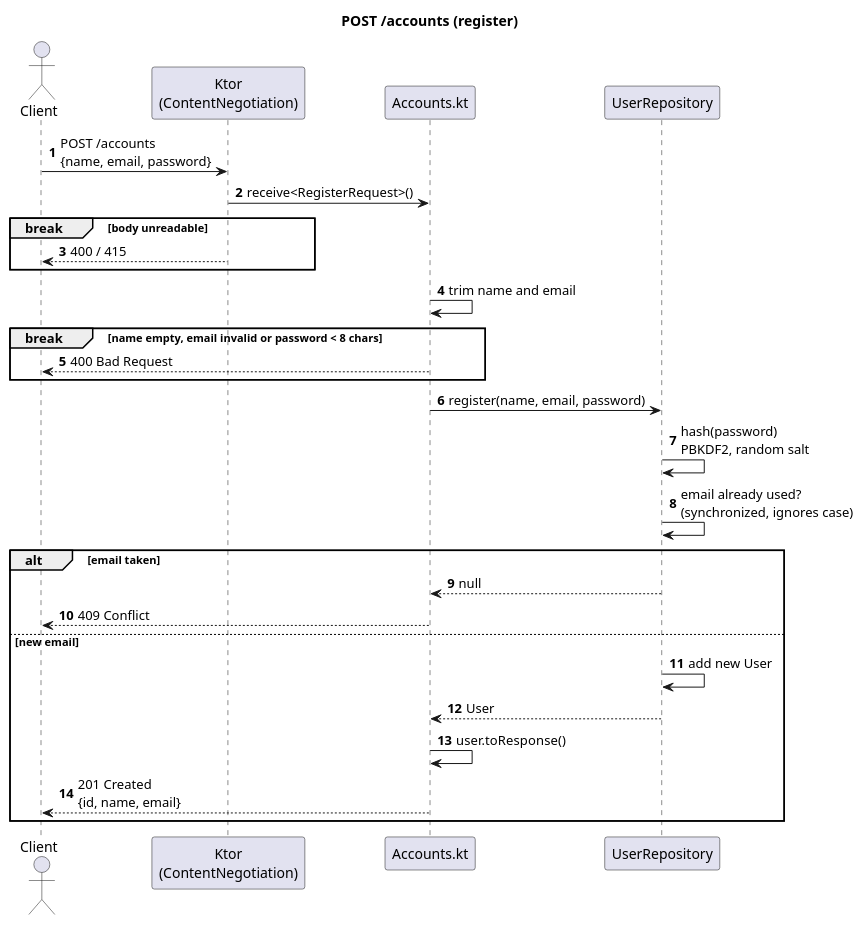
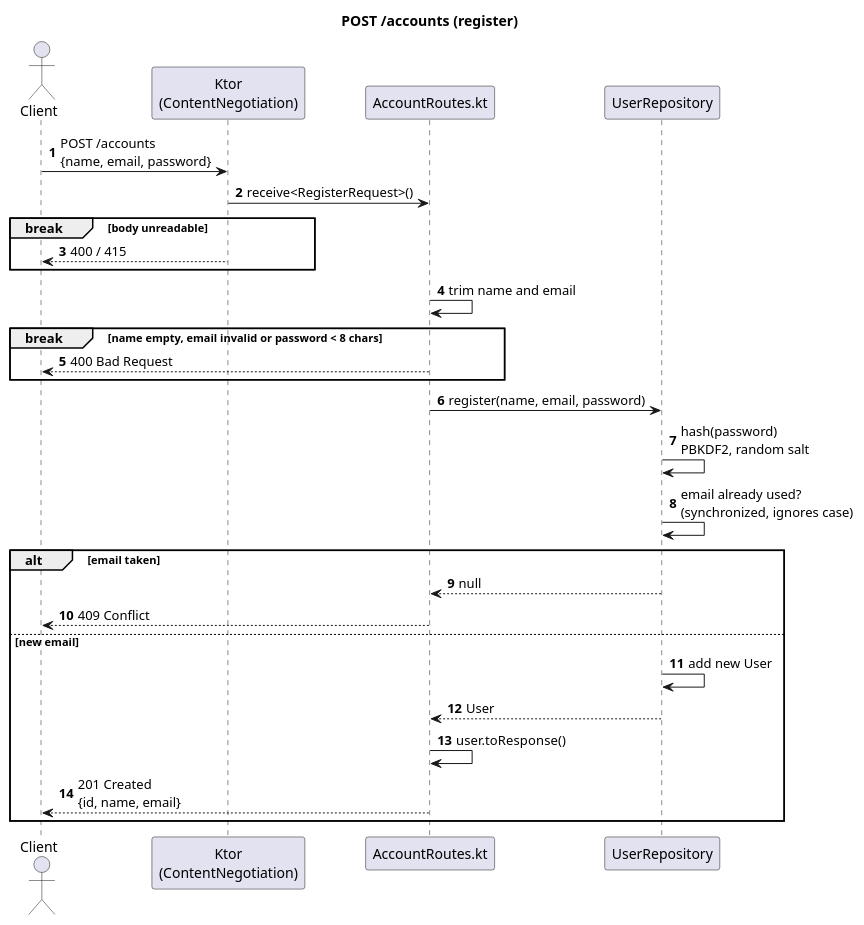
Before and after one commit to Rent-a-car-38291/rent-a-car: the diagram in docs/diagrams/sequence-register.puml, drawn with PlantUML. The commit also changed 24 other files, not shown here.

```diff
--- a/docs/diagrams/sequence-register.puml
+++ b/docs/diagrams/sequence-register.puml
@@ -1,34 +1,34 @@
 @startuml
 title POST /accounts (register)
 autonumber
 
 actor Client
 participant "Ktor\n(ContentNegotiation)" as Ktor
-participant "Accounts.kt" as Route
+participant "AccountRoutes.kt" as Route
 participant UserRepository
 
 Client -> Ktor : POST /accounts\n{name, email, password}
 Ktor -> Route : receive<RegisterRequest>()
 break body unreadable
   Ktor --> Client : 400 / 415
 end
 
 Route -> Route : trim name and email
 break name empty, email invalid or password < 8 chars
   Route --> Client : 400 Bad Request
 end
 
 Route -> UserRepository : register(name, email, password)
 UserRepository -> UserRepository : hash(password)\nPBKDF2, random salt
 UserRepository -> UserRepository : email already used?\n(synchronized, ignores case)
 alt email taken
   UserRepository --> Route : null
   Route --> Client : 409 Conflict
 else new email
   UserRepository -> UserRepository : add new User
   UserRepository --> Route : User
   Route -> Route : user.toResponse()
   Route --> Client : 201 Created\n{id, name, email}
 end
 
 @enduml
```
